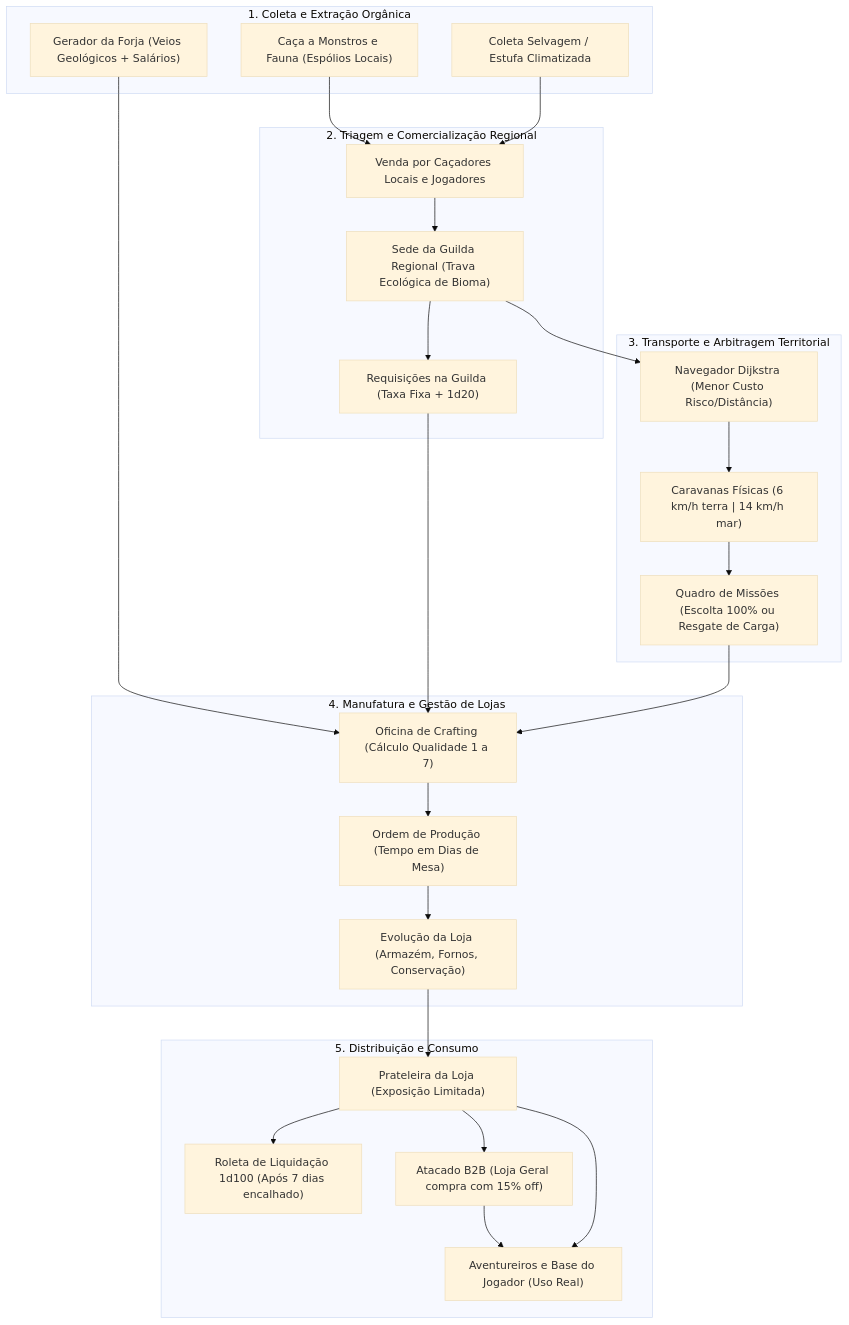
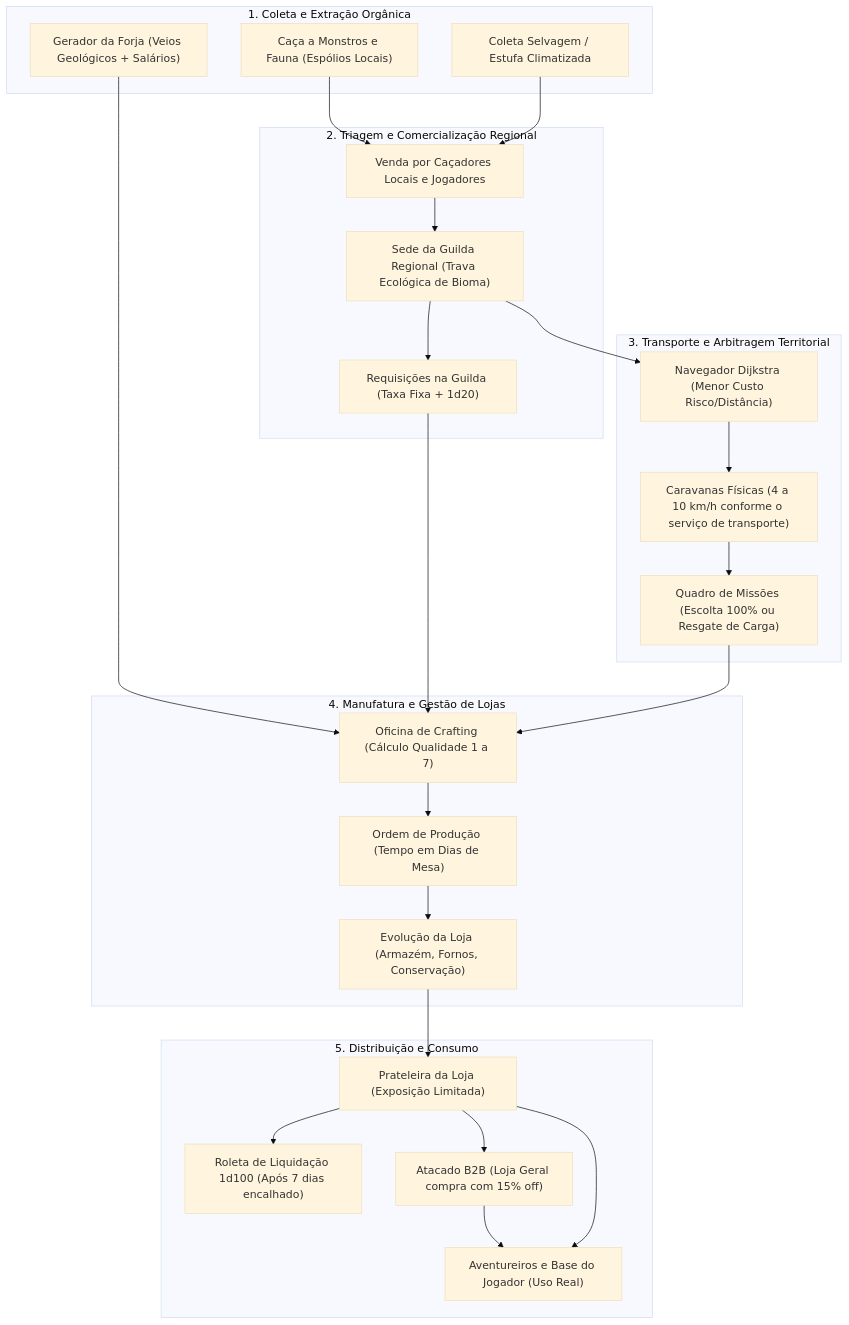
The diagram in docs/Compêndio de Economia, Comércio e Crafting.md (TyenW/thaluriaback), drawn with Mermaid (base theme) before and after one commit. The commit also changed 16 other files, not shown here.

````diff
--- a/docs/Compêndio de Economia, Comércio e Crafting.md
+++ b/docs/Compêndio de Economia, Comércio e Crafting.md
@@ -95,43 +95,43 @@
 ```mermaid
 flowchart TD
     subgraph Coleta e Extracao ["1. Coleta e Extração Orgânica"]
         Monstros["Caça a Monstros e Fauna (Espólios Locais)"]
         Minas["Gerador da Forja (Veios Geológicos + Salários)"]
         Plantas["Coleta Selvagem / Estufa Climatizada"]
     end
 
     subgraph Entrepostos Locais ["2. Triagem e Comercialização Regional"]
         Guilda["Sede da Guilda Regional (Trava Ecológica de Bioma)"]
         BalcaoFornecedor["Venda por Caçadores Locais e Jogadores"]
         Requisicoes["Requisições na Guilda (Taxa Fixa + 1d20)"]
     end
 
     subgraph Logistica Global ["3. Transporte e Arbitragem Territorial"]
         Dijkstra["Navegador Dijkstra (Menor Custo Risco/Distância)"]
-        Caravanas["Caravanas Físicas (6 km/h terra | 14 km/h mar)"]
+        Caravanas["Caravanas Físicas (4 a 10 km/h conforme o serviço de transporte)"]
         Missoes["Quadro de Missões (Escolta 100% ou Resgate de Carga)"]
     end
 
     subgraph Oficinas e Fabricacao ["4. Manufatura e Gestão de Lojas"]
         OrdemProd["Ordem de Produção (Tempo em Dias de Mesa)"]
         Oficina["Oficina de Crafting (Cálculo Qualidade 1 a 7)"]
         Melhorias["Evolução da Loja (Armazém, Fornos, Conservação)"]
     end
 
     subgraph Balcao e Consumo ["5. Distribuição e Consumo"]
         Prateleira["Prateleira da Loja (Exposição Limitada)"]
         Roleta["Roleta de Liquidação 1d100 (Após 7 dias encalhado)"]
         B2B["Atacado B2B (Loja Geral compra com 15% off)"]
         Aventureiro["Aventureiros e Base do Jogador (Uso Real)"]
     end
 
     Monstros --> BalcaoFornecedor --> Guilda
     Plantas --> BalcaoFornecedor
     Minas --> Oficina
     Guilda --> Requisicoes --> Oficina
     Guilda --> Dijkstra --> Caravanas --> Missoes --> Oficina
     Oficina --> OrdemProd --> Melhorias --> Prateleira
     Prateleira --> Roleta
     Prateleira --> B2B --> Aventureiro
     Prateleira --> Aventureiro
 ```
````
